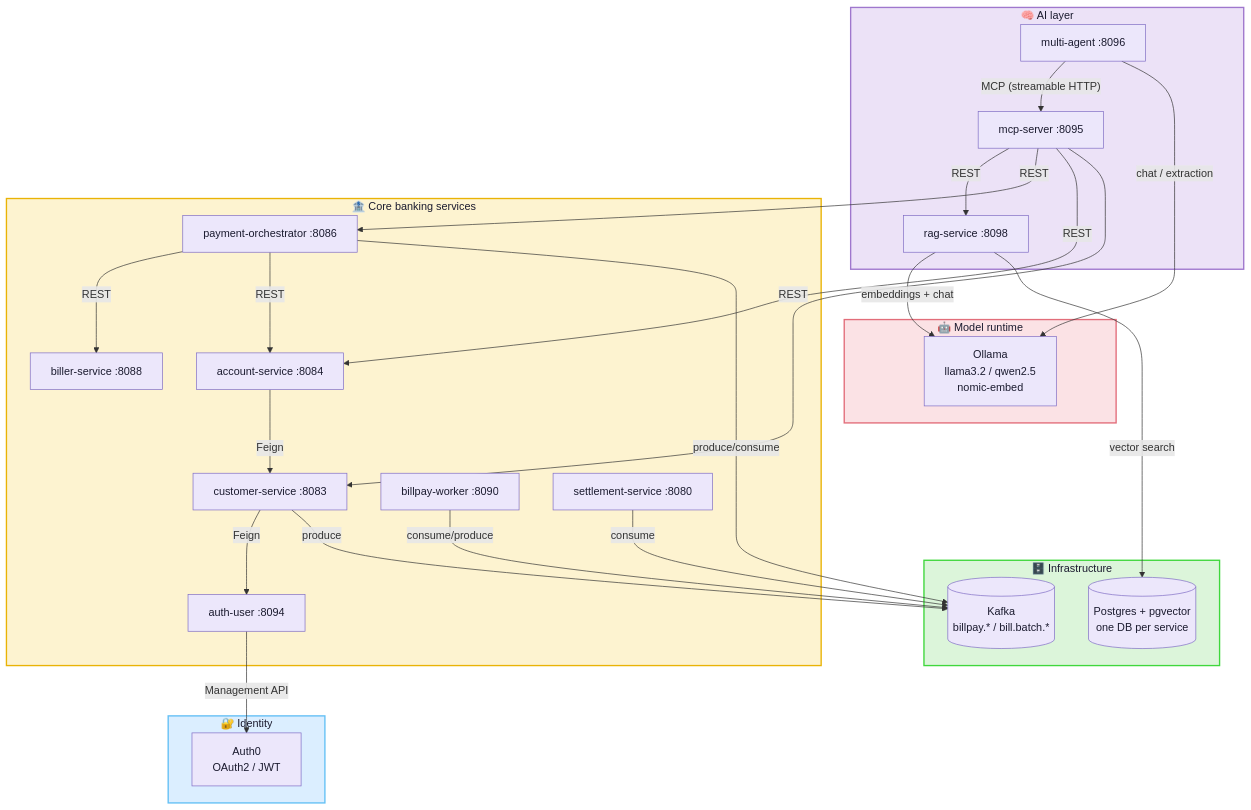
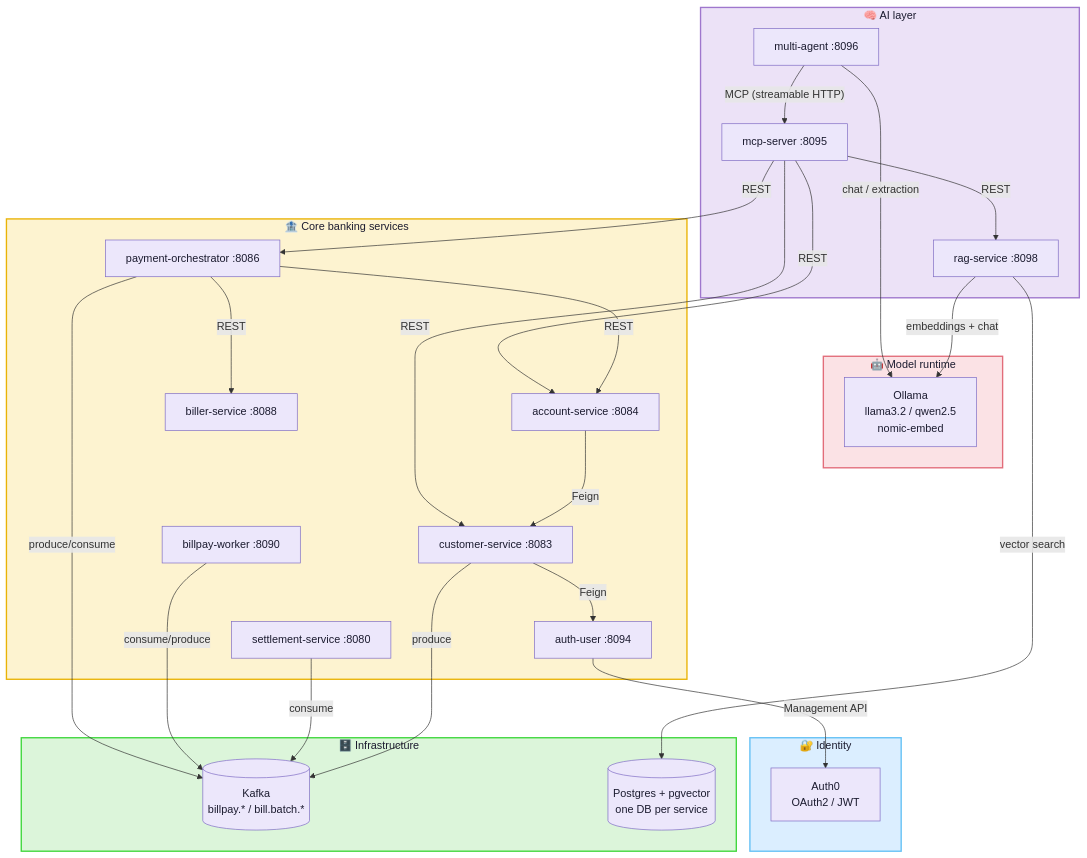
The diagram in README.md (jclin0311/BankStackAI), drawn with Mermaid before and after one commit.

````diff
--- a/README.md
+++ b/README.md
@@ -17,61 +17,67 @@
 ```mermaid
+%%{init: {"flowchart": {"rankSpacing": 62, "nodeSpacing": 42, "curve": "basis"}}}%%
 flowchart TD
     subgraph Edge["🔐 Identity"]
         AUTH0["Auth0<br/>OAuth2 / JWT"]
     end
 
     subgraph AI["🧠 AI layer"]
         AGENT["multi-agent :8096"]
         MCP["mcp-server :8095"]
         RAG["rag-service :8098"]
     end
 
     subgraph Models["🤖 Model runtime"]
         OLLAMA["Ollama<br/>llama3.2 / qwen2.5<br/>nomic-embed"]
     end
 
     subgraph Core["🏦 Core banking services"]
         PAY["payment-orchestrator :8086"]
         ACCT["account-service :8084"]
         BILLER["biller-service :8088"]
         CUST["customer-service :8083"]
         AUTHU["auth-user :8094"]
         WORKER["billpay-worker :8090"]
         SETTLE["settlement-service :8080"]
     end
 
     subgraph Infra["🗄️ Infrastructure"]
         KAFKA[("Kafka<br/>billpay.* / bill.batch.*")]
         PG[("Postgres + pgvector<br/>one DB per service")]
     end
 
     AGENT -->|"MCP (streamable HTTP)"| MCP
     AGENT -->|"chat / extraction"| OLLAMA
     MCP -->|REST| RAG
     RAG -->|"embeddings + chat"| OLLAMA
     RAG -->|"vector search"| PG
 
     MCP -->|REST| PAY
     MCP -->|REST| ACCT
     MCP -->|REST| CUST
 
     PAY -->|REST| BILLER
     PAY -->|REST| ACCT
     ACCT -->|Feign| CUST
     CUST -->|Feign| AUTHU
     AUTHU -->|"Management API"| AUTH0
 
+    %% invisible links: fold the leaf services into a second column
+    %% so the diagram grows downwards instead of sideways
+    BILLER ~~~ WORKER
+    WORKER ~~~ SETTLE
+
     PAY -->|"produce/consume"| KAFKA
     WORKER -->|"consume/produce"| KAFKA
     SETTLE -->|consume| KAFKA
     CUST -->|produce| KAFKA
 
     classDef box fill:#ece7fb,stroke:#7e6bc4,stroke-width:1px,color:#1b1b2f
     class AGENT,MCP,RAG,OLLAMA,AUTH0,PAY,ACCT,BILLER,CUST,AUTHU,WORKER,SETTLE,KAFKA,PG box
 
     style Edge fill:#dbeeff,stroke:#63c0f5,stroke-width:2px,color:#1b1b2f
     style AI fill:#ece2f7,stroke:#9f77cd,stroke-width:2px,color:#1b1b2f
     style Models fill:#fbe2e5,stroke:#e26d7a,stroke-width:2px,color:#1b1b2f
     style Core fill:#fdf3d0,stroke:#e9b306,stroke-width:2px,color:#1b1b2f
     style Infra fill:#dcf5da,stroke:#3fd73c,stroke-width:2px,color:#1b1b2f
 ```
````
